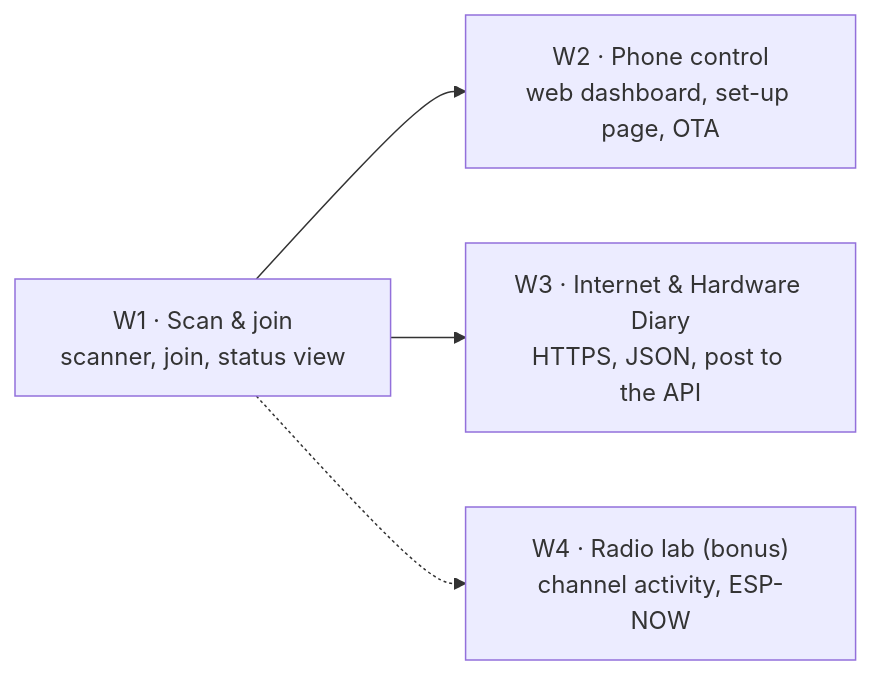
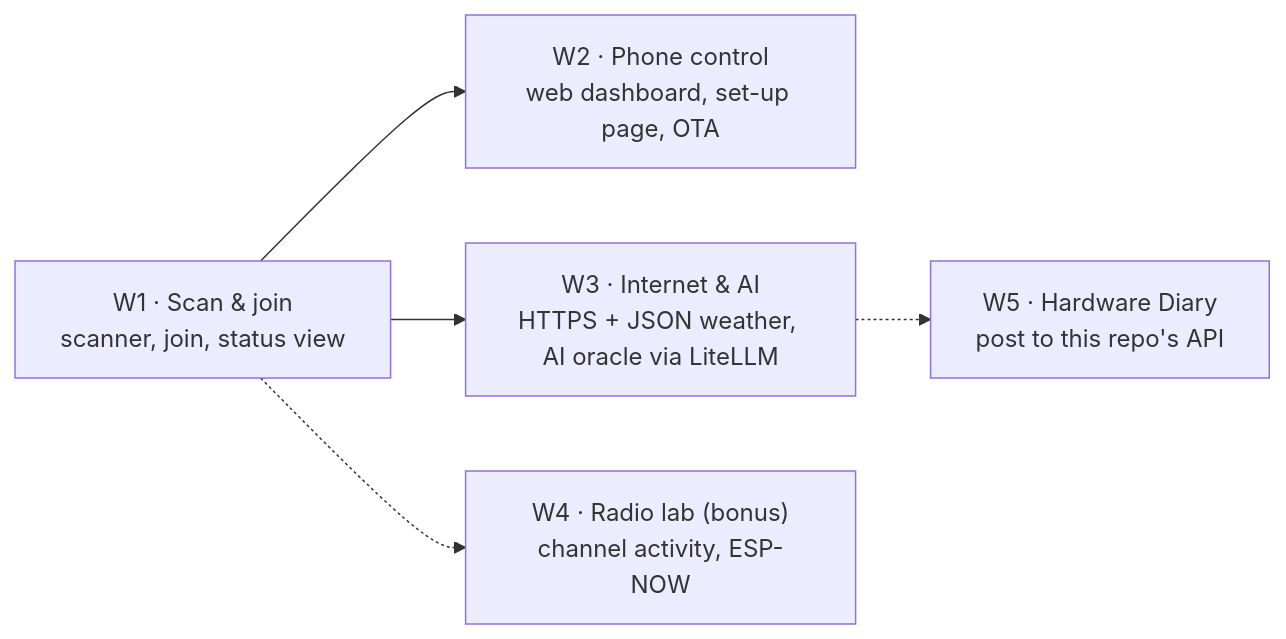
The fifth of 7 diagrams in README.md (agharsallah/esp-labs), drawn with Mermaid before and after one commit. The commit also changed other lines of this file and 1 other file, not shown here.

Commit message:
docs(test-esp): document W1-W3, the remote variation and the hardware log to entry 35

````diff
--- a/README.md
+++ b/README.md
@@ -161,6 +163,7 @@
 ```mermaid
 flowchart LR
   W1["W1 · Scan & join<br/>scanner, join, status view"] --> W2["W2 · Phone control<br/>web dashboard, set-up page, OTA"]
-  W1 --> W3["W3 · Internet & Hardware Diary<br/>HTTPS, JSON, post to the API"]
+  W1 --> W3["W3 · Internet & AI<br/>HTTPS + JSON weather, AI oracle via LiteLLM"]
   W1 -.-> W4["W4 · Radio lab (bonus)<br/>channel activity, ESP-NOW"]
+  W3 -.-> W5["W5 · Hardware Diary<br/>post to this repo's API"]
 ```
````
